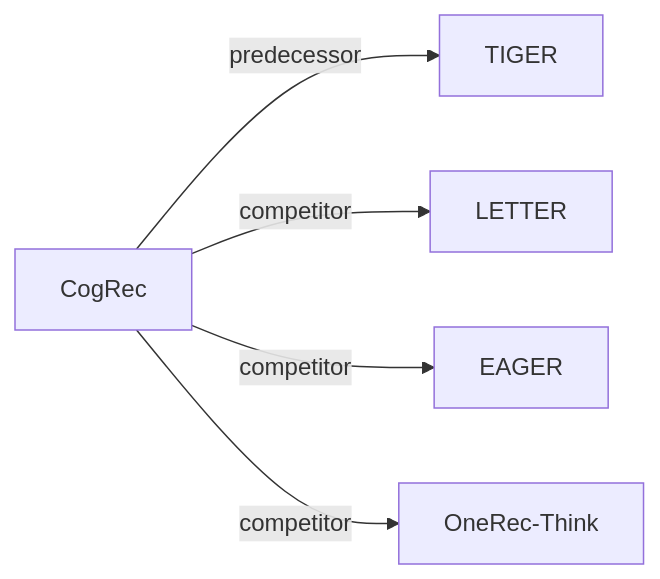
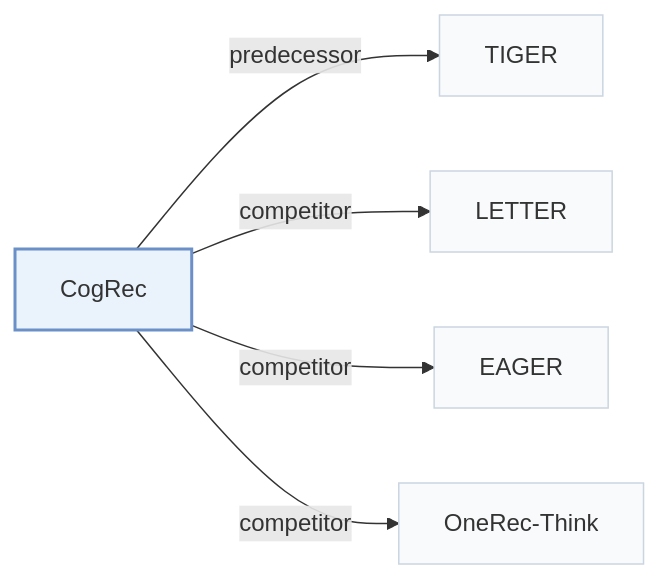
Before and after one commit to Galaxy-ghost/Awesome-SID-Generative-Rec: the second of 2 diagrams in pages/papers/cogrec.md, drawn with Mermaid. The commit also changed other lines of this file and 649 other files, not shown here.

Commit message:
writer-05: also tags and modality index (schema, check, build, visuals); summary field removed; calibration data for 12 papers

````diff
--- a/pages/papers/cogrec.md
+++ b/pages/papers/cogrec.md
@@ -69,8 +74,12 @@
 ```mermaid
 flowchart LR
     P["CogRec"]
-    P -->|predecessor| A["TIGER"]
-    P -->|competitor| B["LETTER"]
-    P -->|competitor| C["EAGER"]
-    P -->|competitor| D["OneRec-Think"]
+    P -->|"predecessor"| A["TIGER"]
+    P -->|"competitor"| B["LETTER"]
+    P -->|"competitor"| C["EAGER"]
+    P -->|"competitor"| D["OneRec-Think"]
+    classDef main fill:#eaf2fb,stroke:#6b8fc7,stroke-width:2px
+    classDef peer fill:#f8fafc,stroke:#cbd5e1
+    class P main
+    class A,B,C,D peer
 ```
````
